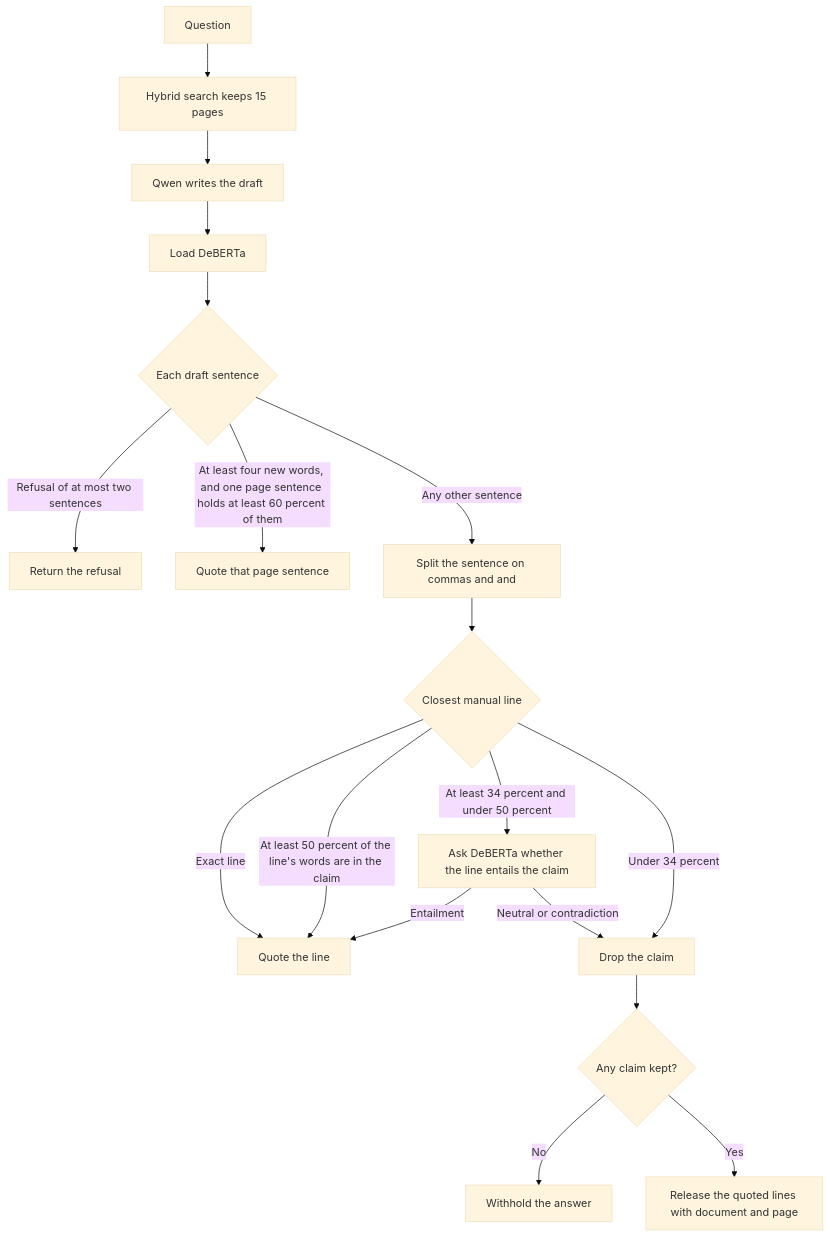
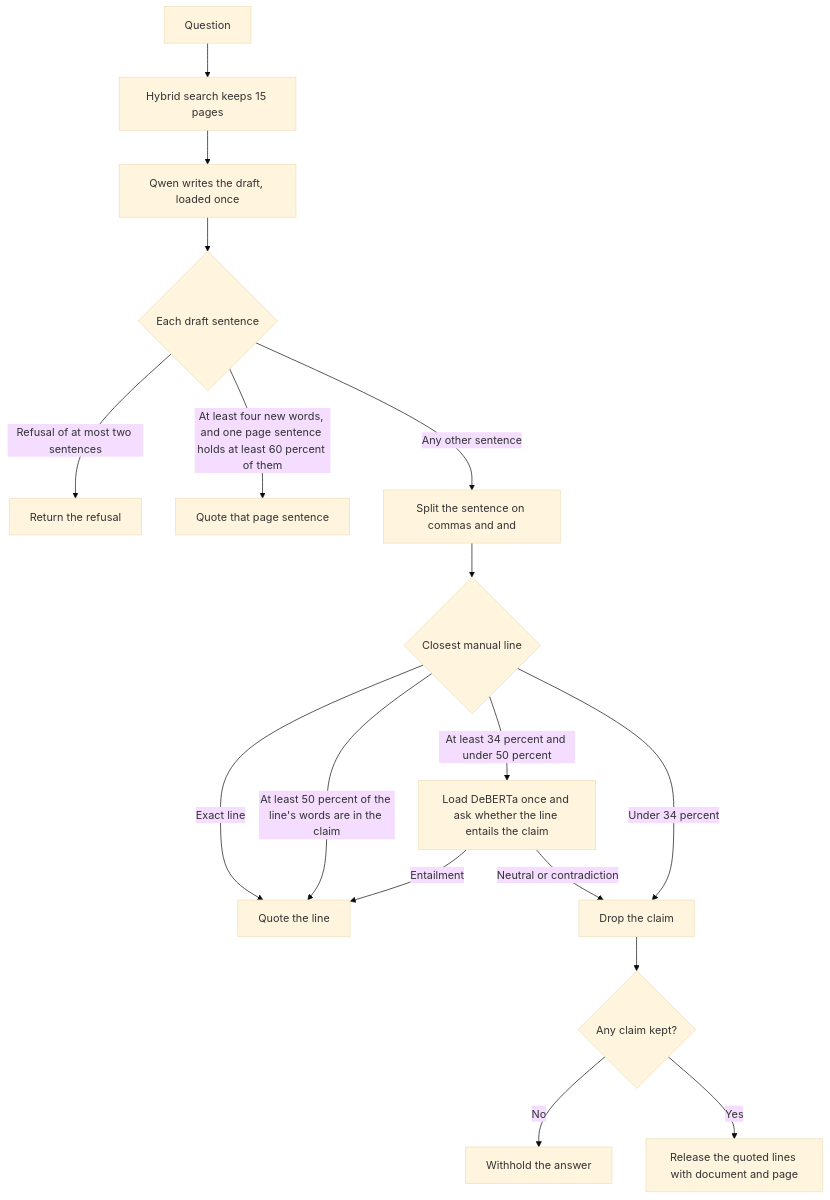
One commit to DhanushGWU1995/torque-diagnostics changed the diagram in docs/full-pipeline.md. Above: the diagram before and after it, drawn with Mermaid (base theme). The commit also changed other lines of this file and 4 other files, not shown here.

First line of the commit message:
Load each Hugging Face model once from the project cache.

````diff
--- a/docs/full-pipeline.md
+++ b/docs/full-pipeline.md
@@ -211,20 +211,19 @@
 ```mermaid
 flowchart TD
   Q[Question] --> R[Hybrid search keeps 15 pages]
-  R --> W[Qwen writes the draft]
-  W --> L[Load DeBERTa]
-  L --> S{Each draft sentence}
+  R --> W[Qwen writes the draft, loaded once]
+  W --> S{Each draft sentence}
   S -->|Refusal of at most two sentences| A[Return the refusal]
   S -->|At least four new words, and one page sentence holds at least 60 percent of them| B[Quote that page sentence]
   S -->|Any other sentence| C[Split the sentence on commas and and]
   C --> P{Closest manual line}
   P -->|Exact line| D[Quote the line]
   P -->|At least 50 percent of the line's words are in the claim| D
-  P -->|At least 34 percent and under 50 percent| E[Ask DeBERTa whether the line entails the claim]
+  P -->|At least 34 percent and under 50 percent| E[Load DeBERTa once and ask whether the line entails the claim]
   E -->|Entailment| D
   E -->|Neutral or contradiction| F[Drop the claim]
   P -->|Under 34 percent| F
   F --> G{Any claim kept?}
   G -->|No| H[Withhold the answer]
   G -->|Yes| I[Release the quoted lines with document and page]
 ```
````
